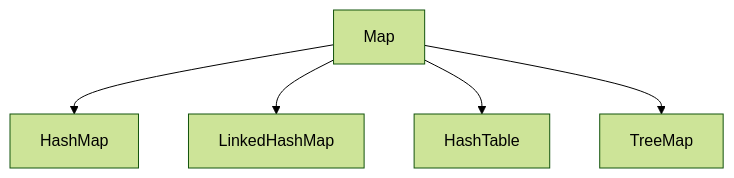
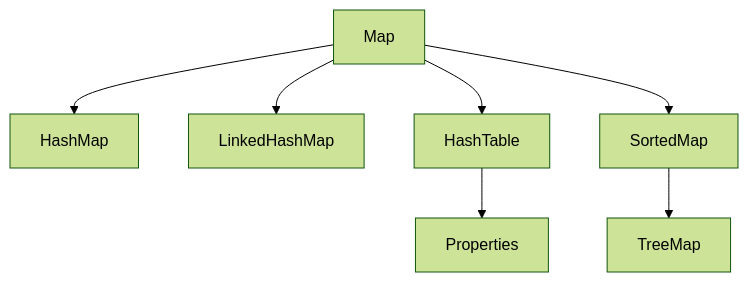
Before and after one commit to 023-dev/023-dev.github.io: the seventh of 8 diagrams in _posts/2024-11-14-java-collection-framework.md, drawn with Mermaid (forest theme). The commit also changed other lines of this file, not shown here.

```diff
--- a/_posts/2024-11-14-java-collection-framework.md
+++ b/_posts/2024-11-14-java-collection-framework.md
@@ -479,7 +529,9 @@
 <div class="mermaid"> 
     graph TD;
     Map --> HashMap
     Map --> LinkedHashMap
     Map --> HashTable
-    Map --> TreeMap
+    HashTable --> Properties
+    Map --> SortedMap
+    SortedMap --> TreeMap
 </div>
```
